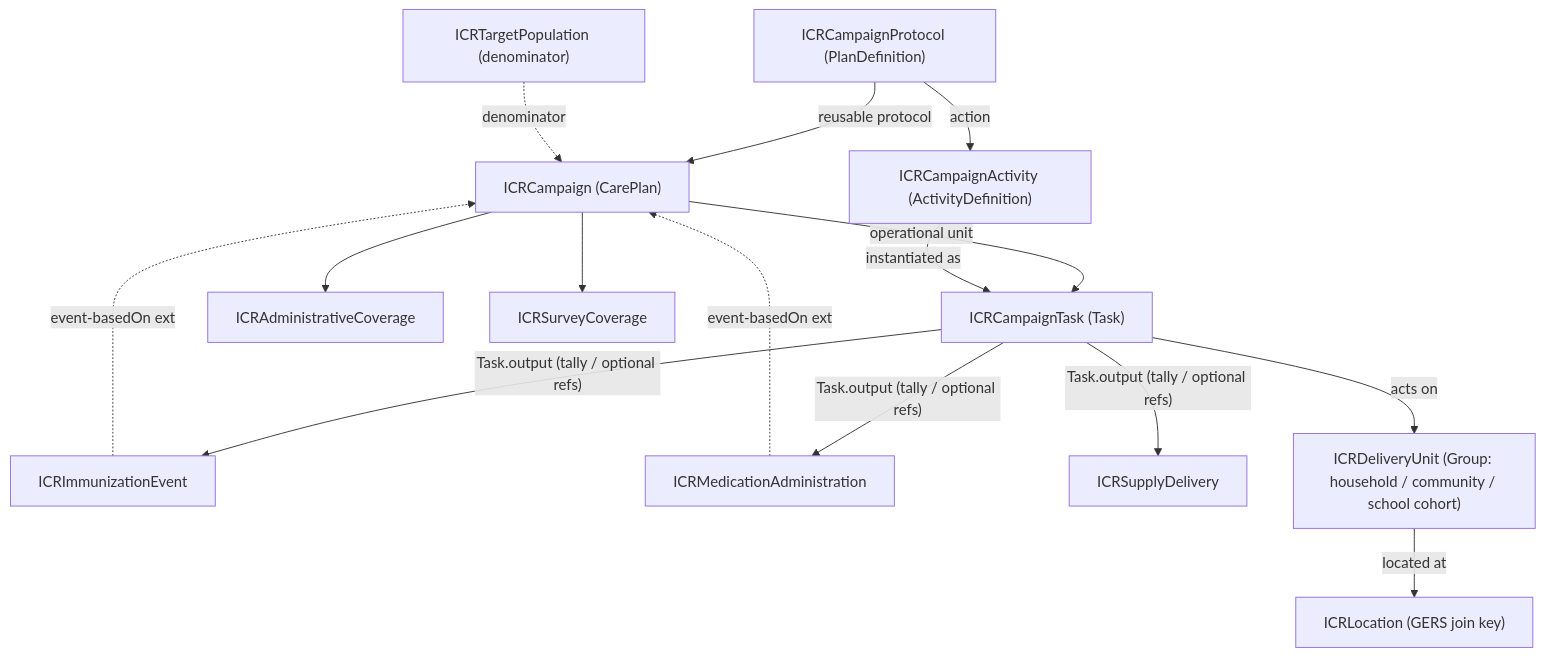
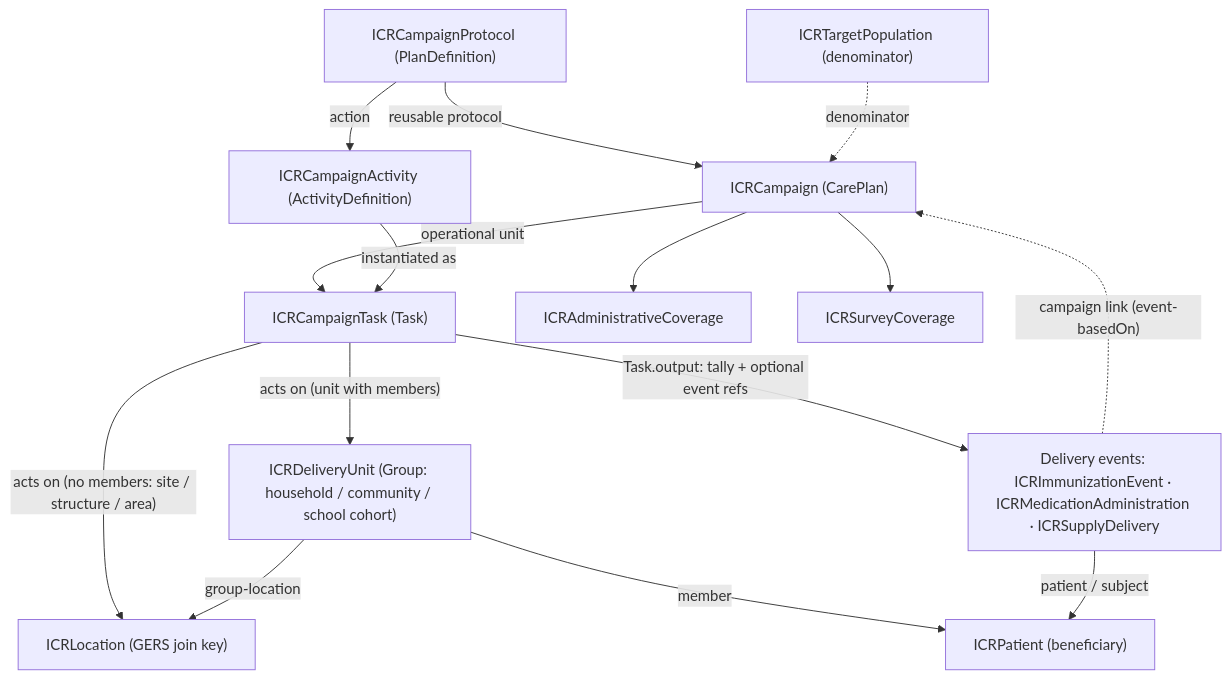
One commit to recodelabs/icr changed the diagram in ig/input/pagecontent/index.md. Above: the diagram before and after it, drawn with Mermaid. The commit also changed other lines of this file, not shown here.

Commit message:
Redraw the landing-page model diagram around the delivery-unit rule
One combined delivery-events node makes room for what was missing:
ICRPatient (event → patient, Group → member), the Location target for
no-members delivery units (site / structure / area), and the group-location
edge. Caption updated to state the membership rule and the standalone
event pattern (event-basedOn campaign link, membership rollups).

````diff
--- a/ig/input/pagecontent/index.md
+++ b/ig/input/pagecontent/index.md
@@ -60,17 +60,17 @@
 ```mermaid
 graph TD
   PD["ICRCampaignProtocol (PlanDefinition)"] -->|reusable protocol| CP["ICRCampaign (CarePlan)"]
   PD -->|action| AD["ICRCampaignActivity (ActivityDefinition)"]
   CP -->|operational unit| TASK["ICRCampaignTask (Task)"]
   AD -->|instantiated as| TASK
-  TASK -->|"Task.output (tally / optional refs)"| IMM["ICRImmunizationEvent"]
-  TASK -->|"Task.output (tally / optional refs)"| MA["ICRMedicationAdministration"]
-  TASK -->|"Task.output (tally / optional refs)"| SD["ICRSupplyDelivery"]
-  IMM -.->|"event-basedOn ext"| CP
-  MA -.->|"event-basedOn ext"| CP
-  TASK -->|acts on| DU["ICRDeliveryUnit (Group: household / community / school cohort)"]
-  DU -->|located at| LOC["ICRLocation (GERS join key)"]
+  TASK -->|"acts on (unit with members)"| DU["ICRDeliveryUnit (Group: household / community / school cohort)"]
+  TASK -->|"acts on (no members: site / structure / area)"| LOC["ICRLocation (GERS join key)"]
+  DU -->|group-location| LOC
+  DU -->|member| PT["ICRPatient (beneficiary)"]
+  TASK -->|"Task.output: tally + optional event refs"| EV["Delivery events: ICRImmunizationEvent · ICRMedicationAdministration · ICRSupplyDelivery"]
+  EV -.->|"campaign link (event-basedOn)"| CP
+  EV -->|"patient / subject"| PT
   TP["ICRTargetPopulation (denominator)"] -.->|denominator| CP
   CP --> AC["ICRAdministrativeCoverage"]
   CP --> SC["ICRSurveyCoverage"]
 ```
````
